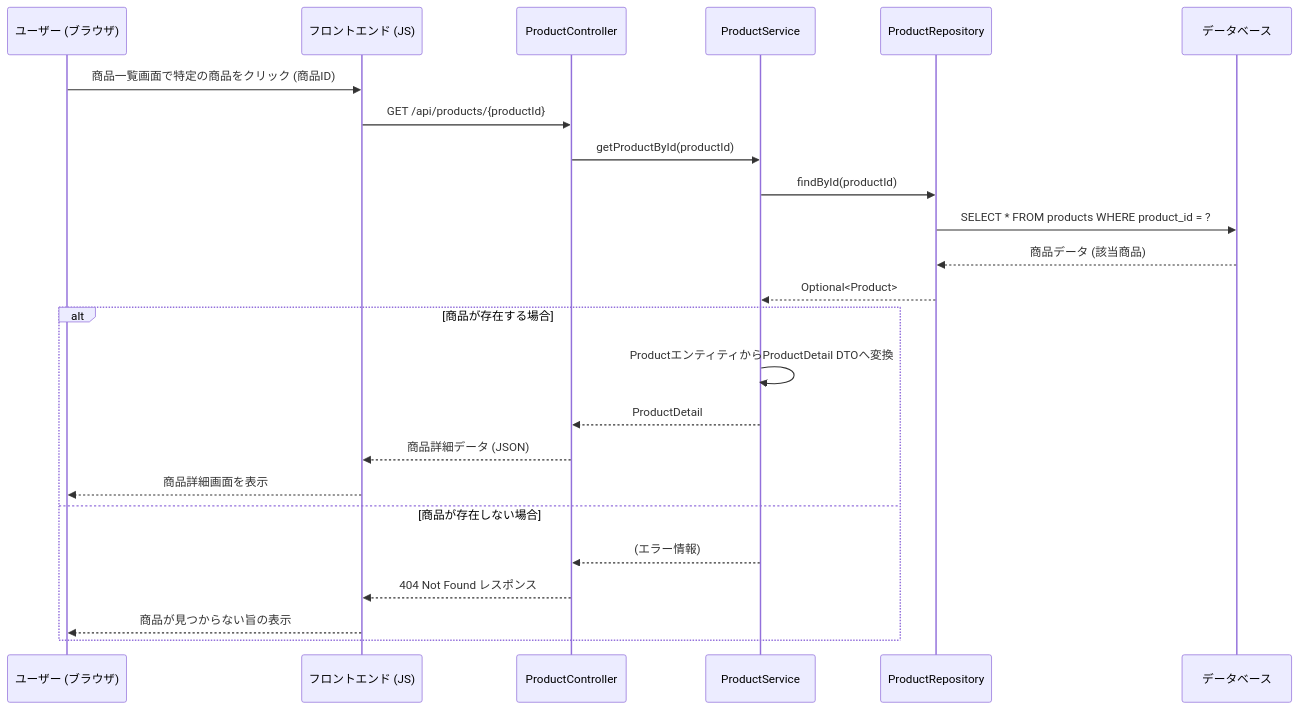
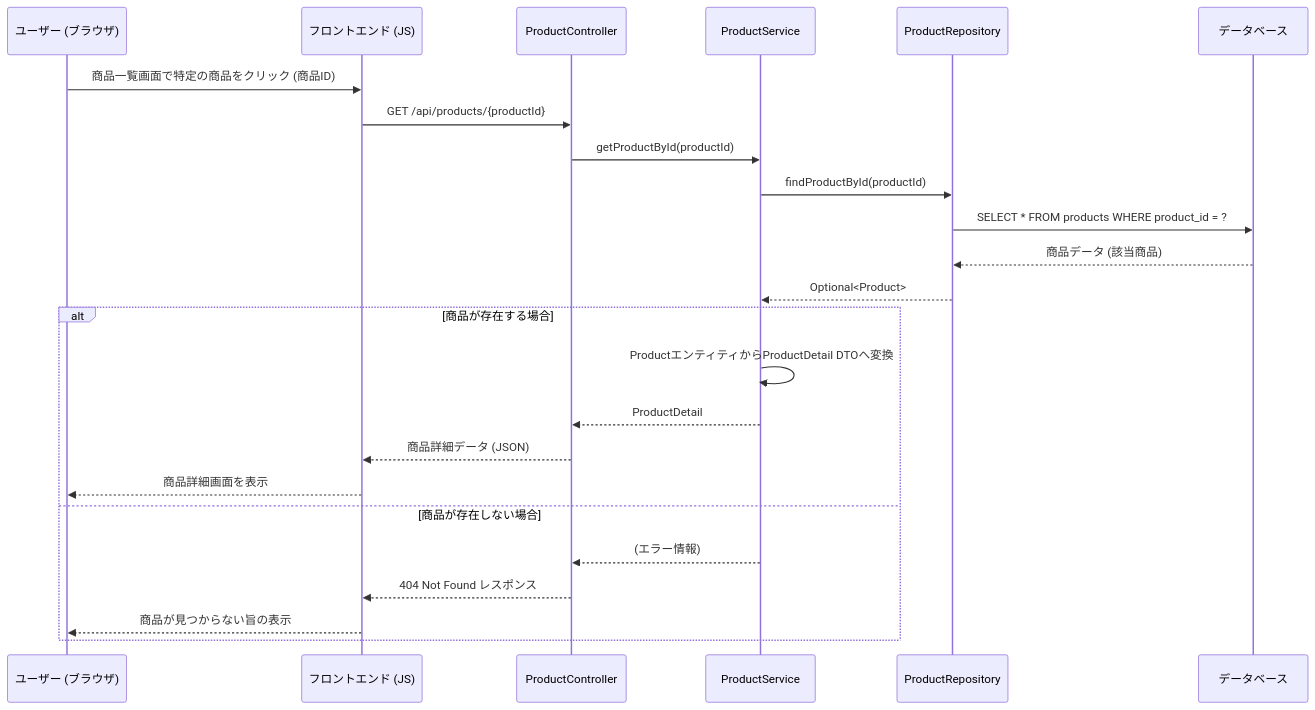
Before and after one commit to Hinako-Kimura127/neko: the second of 12 diagrams in 詳細設計/詳細設計.md, drawn with Mermaid. The commit also changed other lines of this file, not shown here.

```diff
--- a/詳細設計/詳細設計.md
+++ b/詳細設計/詳細設計.md
@@ -125,27 +125,27 @@
 <div class="mermaid">
 sequenceDiagram
     participant User as ユーザー (ブラウザ)
     participant FE as フロントエンド (JS)
     participant ProductController
     participant ProductService
     participant ProductRepository
     participant DB as データベース
  
     User->>FE: 商品一覧画面で特定の商品をクリック (商品ID)
     FE->>ProductController: GET /api/products/{productId}
     ProductController->>ProductService: getProductById(productId)
-    ProductService->>ProductRepository: findById(productId)
+    ProductService->>ProductRepository: findProductById(productId)
     ProductRepository->>DB: SELECT * FROM products WHERE product_id = ?
     DB-->>ProductRepository: 商品データ (該当商品)
     ProductRepository-->>ProductService: Optional<Product>
     alt 商品が存在する場合
         ProductService->>ProductService: ProductエンティティからProductDetail DTOへ変換
         ProductService-->>ProductController: ProductDetail
         ProductController-->>FE: 商品詳細データ (JSON)
         FE-->>User: 商品詳細画面を表示
     else 商品が存在しない場合
         ProductService-->>ProductController: (エラー情報)
         ProductController-->>FE: 404 Not Found レスポンス
         FE-->>User: 商品が見つからない旨の表示
     end
 </div>
```
